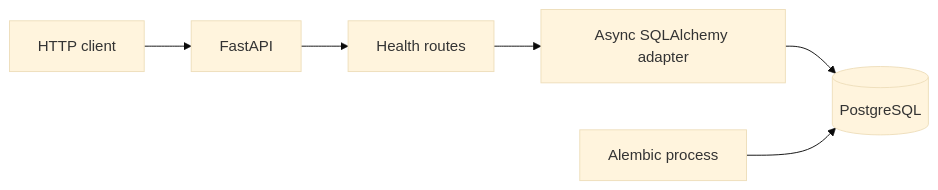
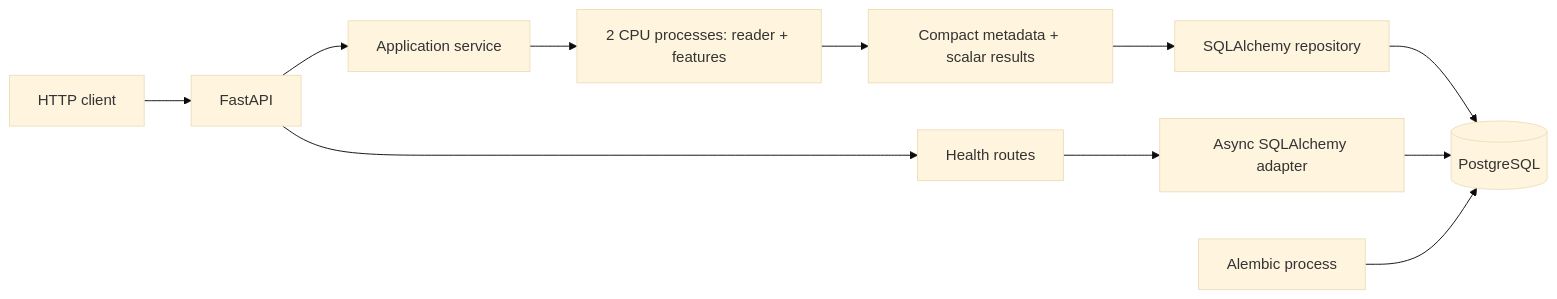
One commit to ReeStick/osu-Skill-Lab changed the diagram in docs/architecture/overview.md. Above: the diagram before and after it, drawn with Mermaid (base theme). The commit also changed other lines of this file and 36 other files, not shown here.

````diff
--- a/docs/architecture/overview.md
+++ b/docs/architecture/overview.md
@@ -19,8 +21,13 @@
 ```mermaid
 flowchart LR
     Client[HTTP client] --> API[FastAPI]
+    API --> Service[Application service]
+    Service --> CPU[2 CPU processes: reader + features]
+    CPU --> Compact[Compact metadata + scalar results]
+    Compact --> Repository[SQLAlchemy repository]
+    Repository --> PG[(PostgreSQL)]
     API --> Health[Health routes]
     Health --> DBAdapter[Async SQLAlchemy adapter]
-    DBAdapter --> PG[(PostgreSQL)]
+    DBAdapter --> PG
     Migration[Alembic process] --> PG
 ```
````
